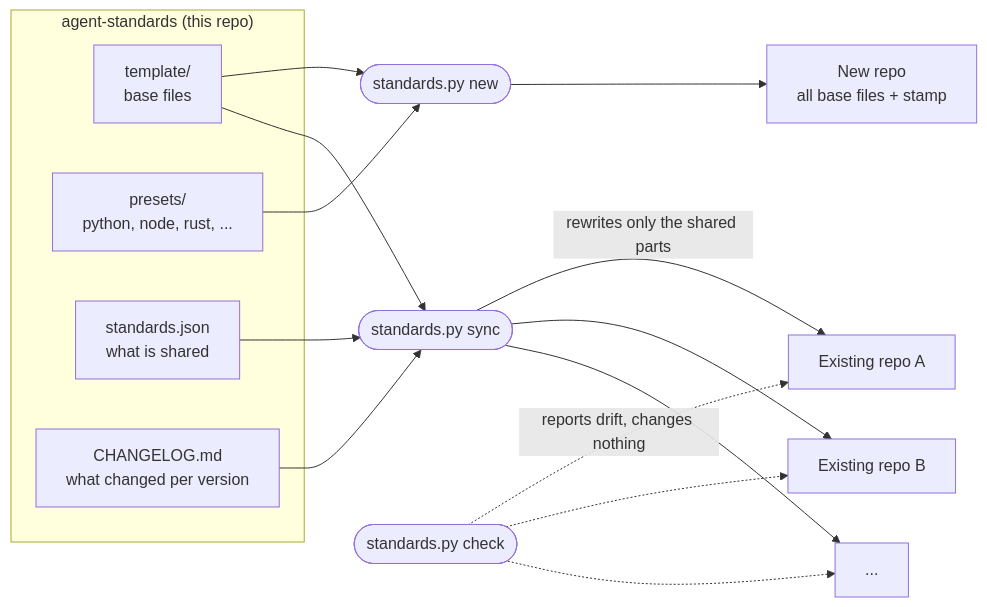
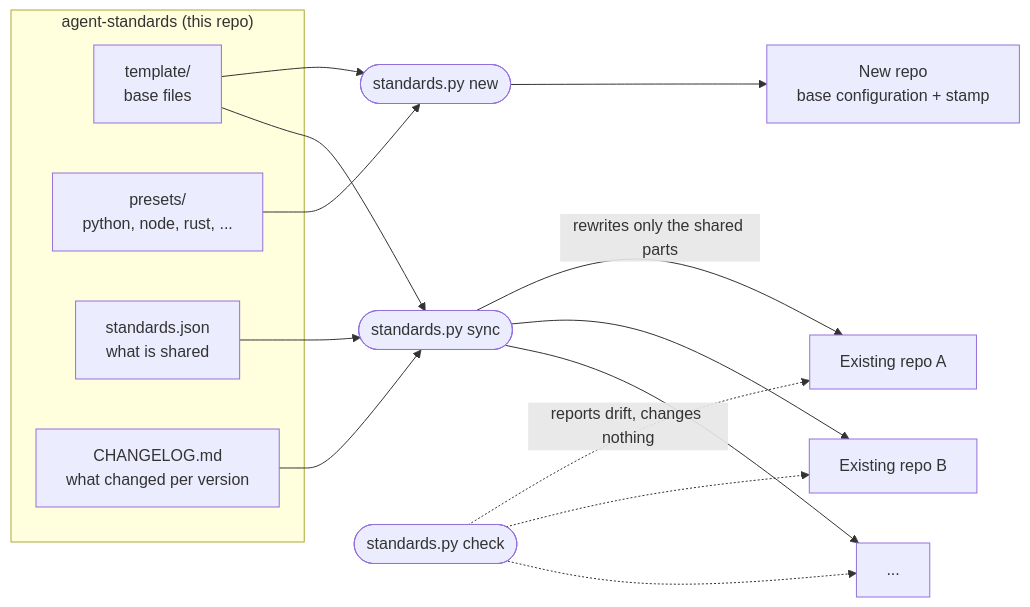
One commit to luisenriquecgongora/agent-standards changed the second of 2 diagrams in README.md. Above: the diagram before and after it, drawn with Mermaid. The commit also changed other lines of this file, not shown here.

````diff
--- a/README.md
+++ b/README.md
@@ -51,21 +59,21 @@
 ```mermaid
 flowchart LR
     subgraph std["agent-standards (this repo)"]
         template["template/<br/>base files"]
         presets["presets/<br/>python, node, rust, ..."]
         config["standards.json<br/>what is shared"]
         changelog["CHANGELOG.md<br/>what changed per version"]
     end
     template --> new(["standards.py new"])
     presets --> new
-    new --> fresh["New repo<br/>all base files + stamp"]
+    new --> fresh["New repo<br/>base configuration + stamp"]
     config --> sync(["standards.py sync"])
     template --> sync
     changelog --> sync
     sync -->|rewrites only the shared parts| r1["Existing repo A"]
     sync --> r2["Existing repo B"]
     sync --> r3["..."]
     check(["standards.py check"]) -.->|reports drift, changes nothing| r1
     check -.-> r2
     check -.-> r3
 ```
````
